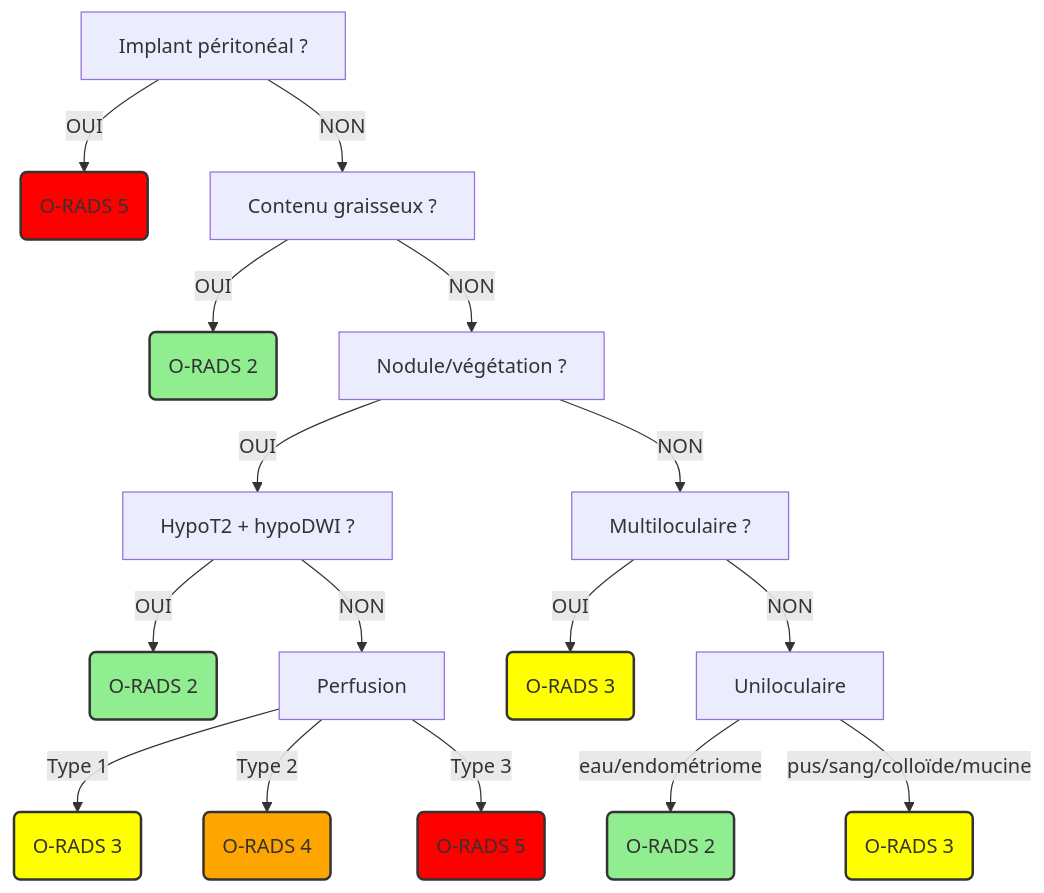
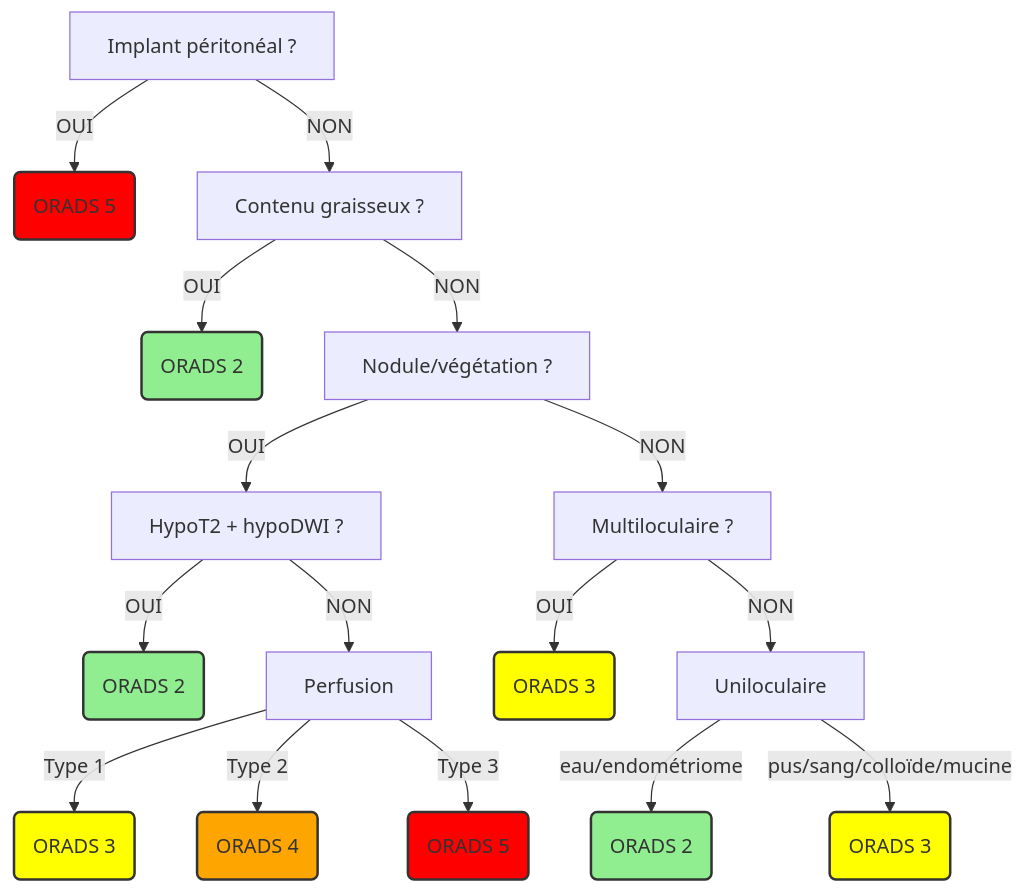
The diagram in docs/femme/ovaires.md (drlefevre/drlef), drawn with Mermaid before and after one commit. The commit also changed other lines of this file, not shown here.

Commit message:
ORADS US

````diff
--- a/docs/femme/ovaires.md
+++ b/docs/femme/ovaires.md
@@ -40,33 +70,33 @@
-``` mermaid
-graph TD
-    B[Implant péritonéal ?] -->|OUI| R5(O-RADS 5)
-    B -->|NON| C[Contenu graisseux ?]
-    
-    C -->|OUI| R2a(O-RADS 2)
-    C -->|NON| E[Nodule/végétation ?]
-    
-    E -->|OUI| F[HypoT2 + hypoDWI ?]
-    F -->|OUI| R2b(O-RADS 2)
-    F -->|NON| G[Perfusion]
-    
-    G -->|Type 1| R3a(O-RADS 3)
-    G -->|Type 2| R4(O-RADS 4)
-    G -->|Type 3| R5b(O-RADS 5)
-    
-    E -->|NON| H[Multiloculaire ?]
-    H -->|OUI| R3b(O-RADS 3)
-    H -->|NON| I[Uniloculaire]
+    ``` mermaid
+    graph TD
+        B[Implant péritonéal ?] -->|OUI| R5(ORADS 5)
+        B -->|NON| C[Contenu graisseux ?]
+        
+        C -->|OUI| R2a(ORADS 2)
+        C -->|NON| E[Nodule/végétation ?]
+        
+        E -->|OUI| F[HypoT2 + hypoDWI ?]
+        F -->|OUI| R2b(ORADS 2)
+        F -->|NON| G[Perfusion]
+        
+        G -->|Type 1| R3a(ORADS 3)
+        G -->|Type 2| R4(ORADS 4)
+        G -->|Type 3| R5b(ORADS 5)
+        
+        E -->|NON| H[Multiloculaire ?]
+        H -->|OUI| R3b(ORADS 3)
+        H -->|NON| I[Uniloculaire]
 
-    I -->|eau/endométriome| R2c(O-RADS 2)
-    I -->|pus/sang/colloïde/mucine| R3c(O-RADS 3)
+        I -->|eau/endométriome| R2c(ORADS 2)
+        I -->|pus/sang/colloïde/mucine| R3c(ORADS 3)
 
-    style R2a fill:#90ee90,stroke:#333,stroke-width:2px
-    style R2b fill:#90ee90,stroke:#333,stroke-width:2px
-    style R2c fill:#90ee90,stroke:#333,stroke-width:2px
-    style R3a fill:#ffff00,stroke:#333,stroke-width:2px
-    style R3b fill:#ffff00,stroke:#333,stroke-width:2px
-    style R3c fill:#ffff00,stroke:#333,stroke-width:2px
-    style R4 fill:#ffa500,stroke:#333,stroke-width:2px
-    style R5 fill:#ff0000,stroke:#333,stroke-width:2px
-    style R5b fill:#ff0000,stroke:#333,stroke-width:2px
-```
+        style R2a fill:#90ee90,stroke:#333,stroke-width:2px
+        style R2b fill:#90ee90,stroke:#333,stroke-width:2px
+        style R2c fill:#90ee90,stroke:#333,stroke-width:2px
+        style R3a fill:#ffff00,stroke:#333,stroke-width:2px
+        style R3b fill:#ffff00,stroke:#333,stroke-width:2px
+        style R3c fill:#ffff00,stroke:#333,stroke-width:2px
+        style R4 fill:#ffa500,stroke:#333,stroke-width:2px
+        style R5 fill:#ff0000,stroke:#333,stroke-width:2px
+        style R5b fill:#ff0000,stroke:#333,stroke-width:2px
+    ```
````
